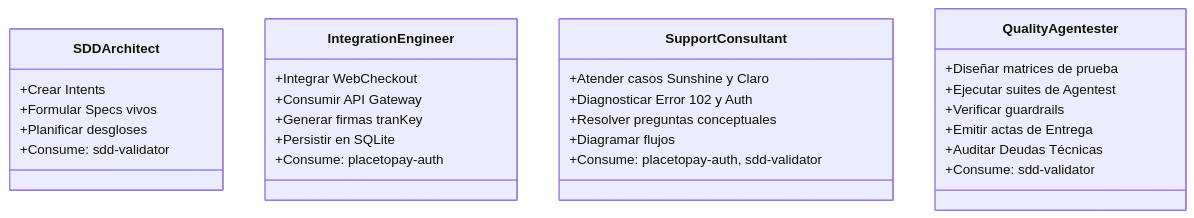
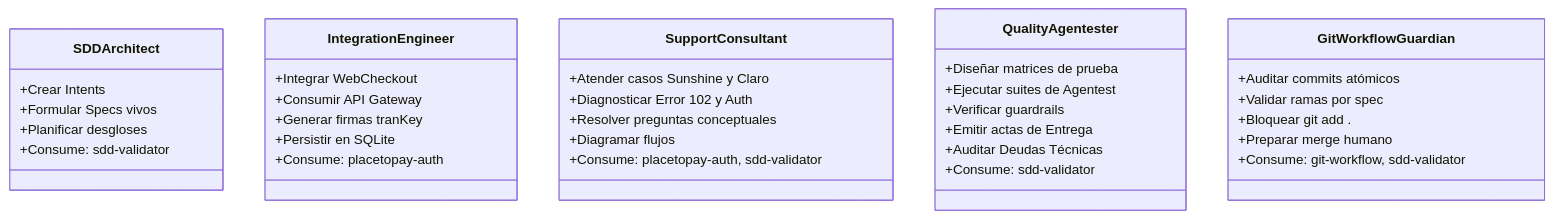
One commit to Cristorres9917/Prueba-T-cnica changed the second of 2 diagrams in AGENTS.md. Above: the diagram before and after it, drawn with Mermaid. The commit also changed other lines of this file and 1 other file, not shown here.

Commit message:
feat(git-workflow): crear skill git-workflow y registrar agente Git-Workflow-Guardian

````diff
--- a/AGENTS.md
+++ b/AGENTS.md
@@ -48,31 +48,38 @@
 ```mermaid
 classDiagram
     class SDDArchitect {
         +Crear Intents
         +Formular Specs vivos
         +Planificar desgloses
         +Consume: sdd-validator
     }
     class IntegrationEngineer {
         +Integrar WebCheckout
         +Consumir API Gateway
         +Generar firmas tranKey
         +Persistir en SQLite
         +Consume: placetopay-auth
     }
     class SupportConsultant {
         +Atender casos Sunshine y Claro
         +Diagnosticar Error 102 y Auth
         +Resolver preguntas conceptuales
         +Diagramar flujos
         +Consume: placetopay-auth, sdd-validator
     }
     class QualityAgentester {
         +Diseñar matrices de prueba
         +Ejecutar suites de Agentest
         +Verificar guardrails
         +Emitir actas de Entrega
         +Auditar Deudas Técnicas
         +Consume: sdd-validator
     }
+    class GitWorkflowGuardian {
+        +Auditar commits atómicos
+        +Validar ramas por spec
+        +Bloquear git add .
+        +Preparar merge humano
+        +Consume: git-workflow, sdd-validator
+    }
 ```
````
